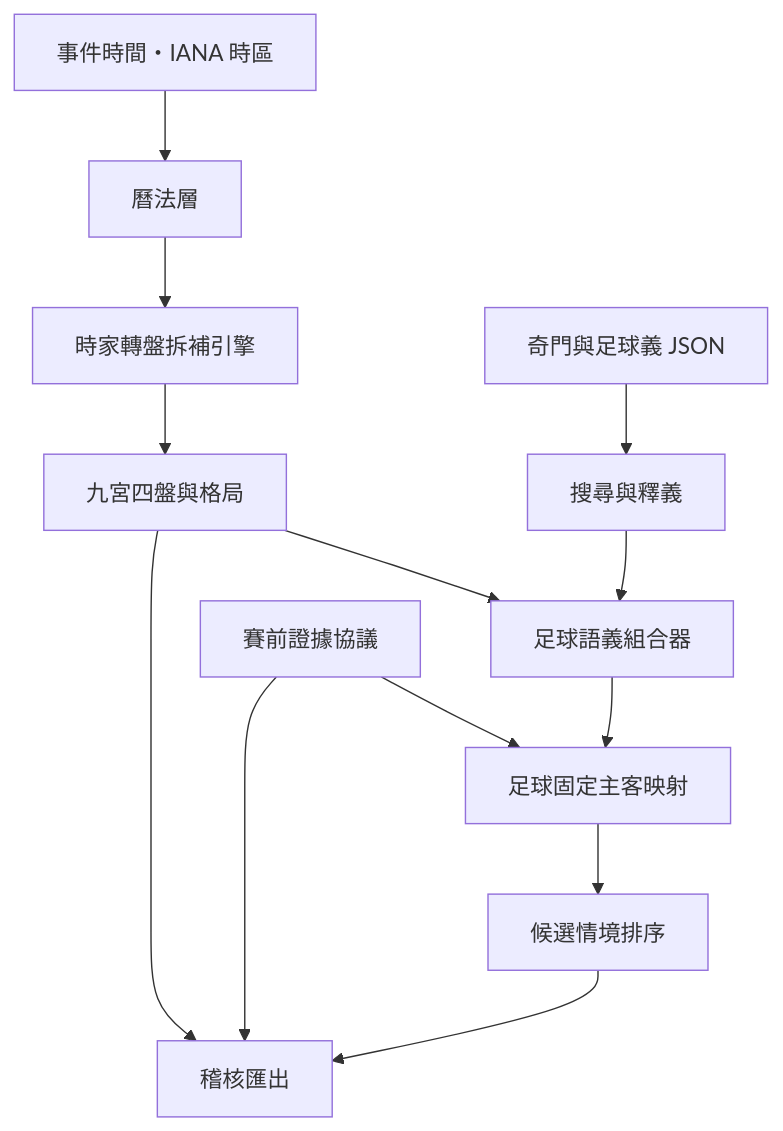
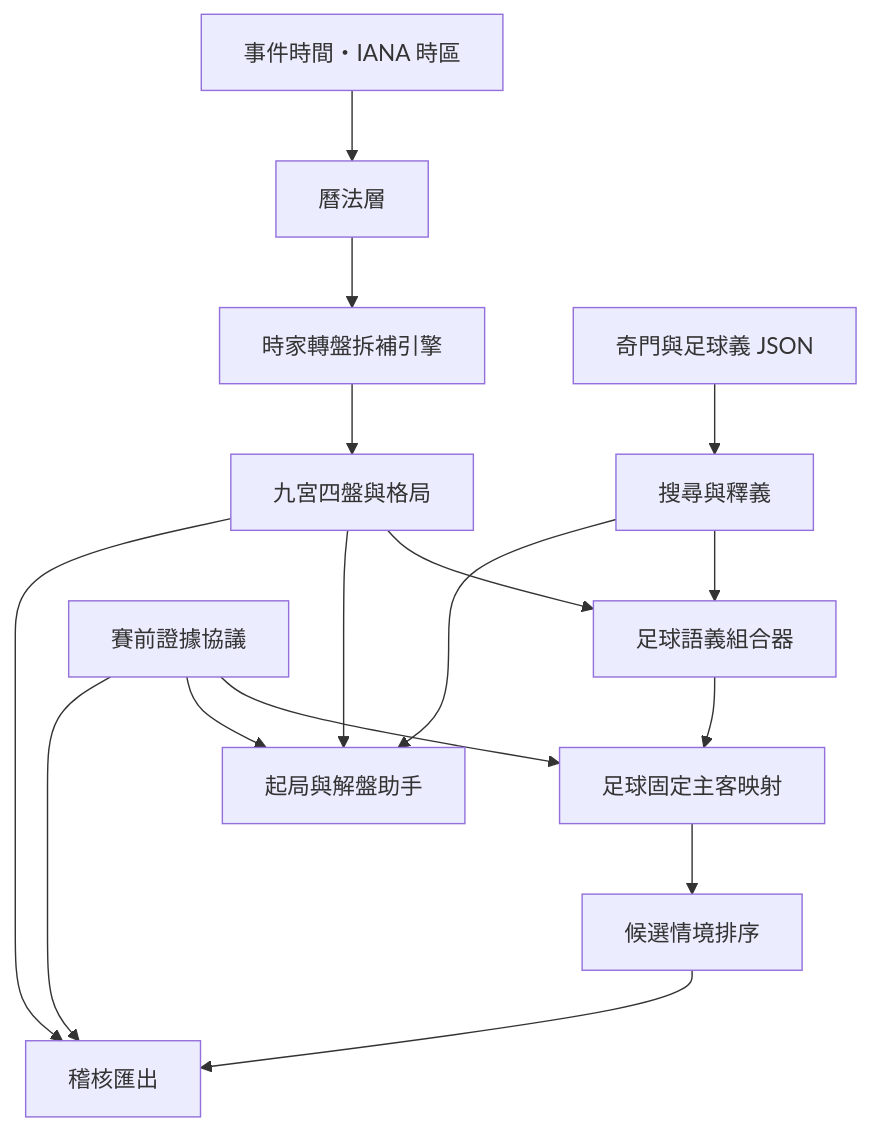
The diagram in docs/ARCHITECTURE.md (wujoshnjr/meihua-football-streamlit), drawn with Mermaid before and after one commit. The commit also changed other lines of this file and 23 other files, not shown here.

````diff
--- a/docs/ARCHITECTURE.md
+++ b/docs/ARCHITECTURE.md
@@ -7,15 +7,18 @@
 ```mermaid
 flowchart TD
     A[事件時間・IANA 時區] --> B[曆法層]
     B --> C[時家轉盤拆補引擎]
     C --> D[九宮四盤與格局]
     K[奇門與足球義 JSON] --> E[搜尋與釋義]
     D --> S[足球語義組合器]
+    D --> Q[起局與解盤助手]
     E --> S
+    E --> Q
     S --> F[足球固定主客映射]
     P[賽前證據協議] --> F
+    P --> Q
     F --> G[候選情境排序]
     D --> H[稽核匯出]
     P --> H
     G --> H
 ```
````
